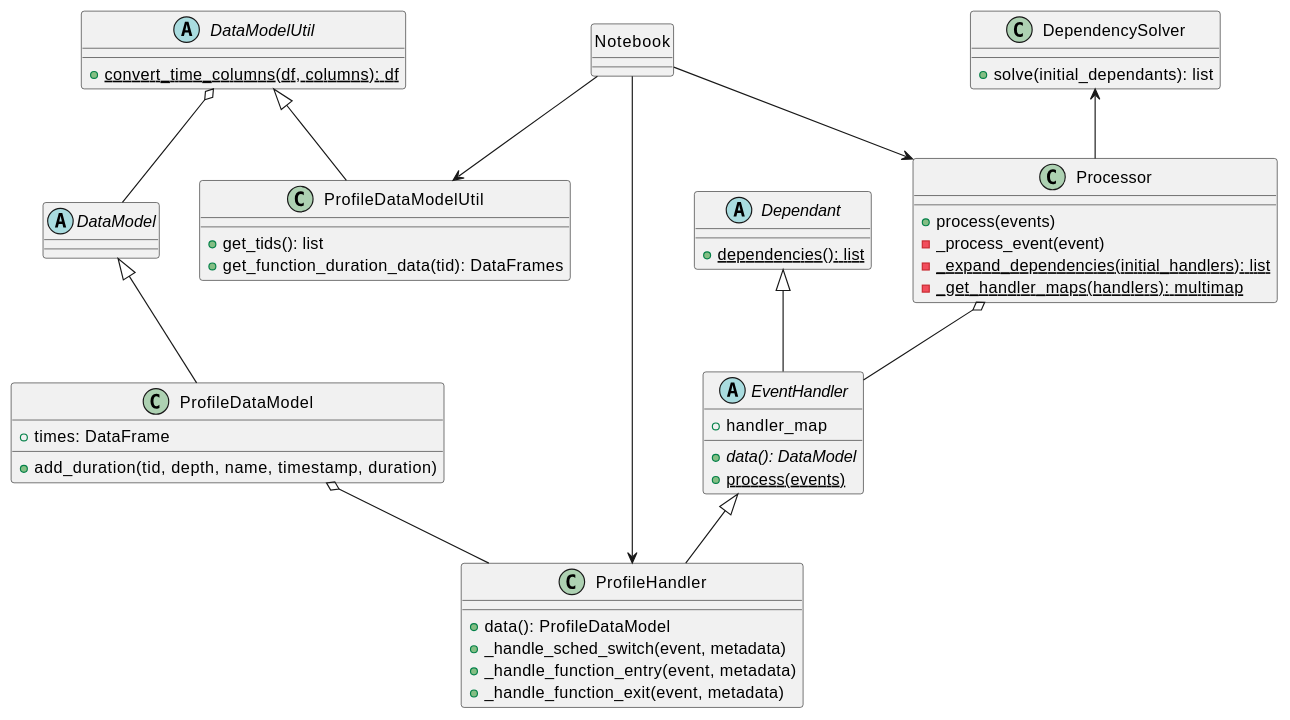
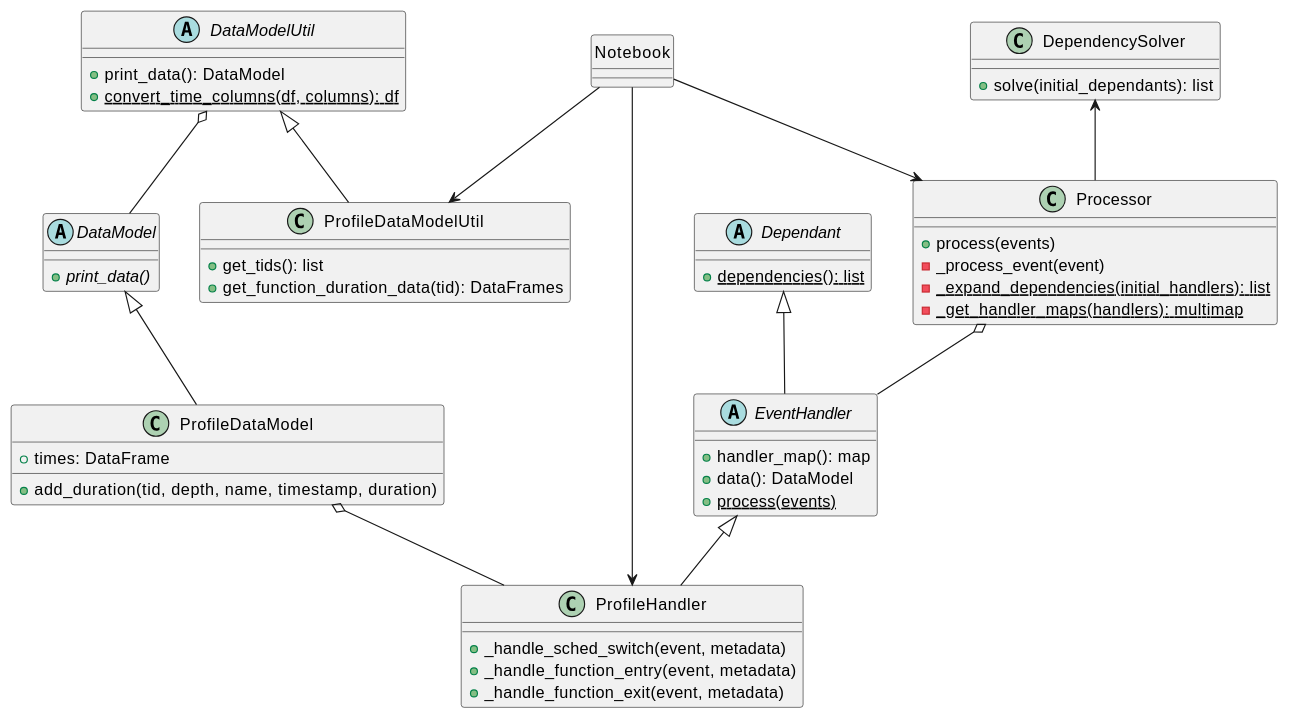
Diagram 15 of 15 in doc/design_ros_2.md (ros2-split-gbp/ros2_tracing-release), drawn with PlantUML before and after one commit. The commit also changed other lines of this file and 66 other files, not shown here.

````diff
--- a/doc/design_ros_2.md
+++ b/doc/design_ros_2.md
@@ -654,60 +666,61 @@
 ```plantuml
 @startuml
 
 class Processor {
  +process(events)
  -_process_event(event)
  -_expand_dependencies(initial_handlers): list {static}
  -_get_handler_maps(handlers): multimap {static}
 }
 class DependencySolver {
  +solve(initial_dependants): list
 }
 DependencySolver <-- Processor
 
 abstract class Dependant {
  +dependencies(): list {static}
 }
 abstract class EventHandler {
- +handler_map
- +data(): DataModel {abstract}
+ +handler_map(): map
+ +data(): DataModel
  +process(events) {static}
 }
 class ProfileHandler {
- +data(): ProfileDataModel
  +_handle_sched_switch(event, metadata)
  +_handle_function_entry(event, metadata)
  +_handle_function_exit(event, metadata)
 }
 Dependant <|-- EventHandler
 EventHandler <|-- ProfileHandler
 Processor o-- EventHandler
 
 abstract class DataModel {
+ +print_data() {abstract}
 }
 class ProfileDataModel {
  +times: DataFrame
  +add_duration(tid, depth, name, timestamp, duration)
 }
 DataModel <|-- ProfileDataModel
 ProfileDataModel o-- ProfileHandler
 
 abstract class DataModelUtil {
+ +print_data(): DataModel
  +convert_time_columns(df, columns): df {static}
 }
 class ProfileDataModelUtil {
  +get_tids(): list
  +get_function_duration_data(tid): DataFrames
 }
 DataModelUtil <|-- ProfileDataModelUtil
 DataModelUtil o-- DataModel
 
 class Notebook {
 }
 Notebook --> ProfileHandler
 Notebook --> ProfileDataModelUtil
 Notebook --> Processor
 hide Notebook circle
 
 @enduml
 ```
````
